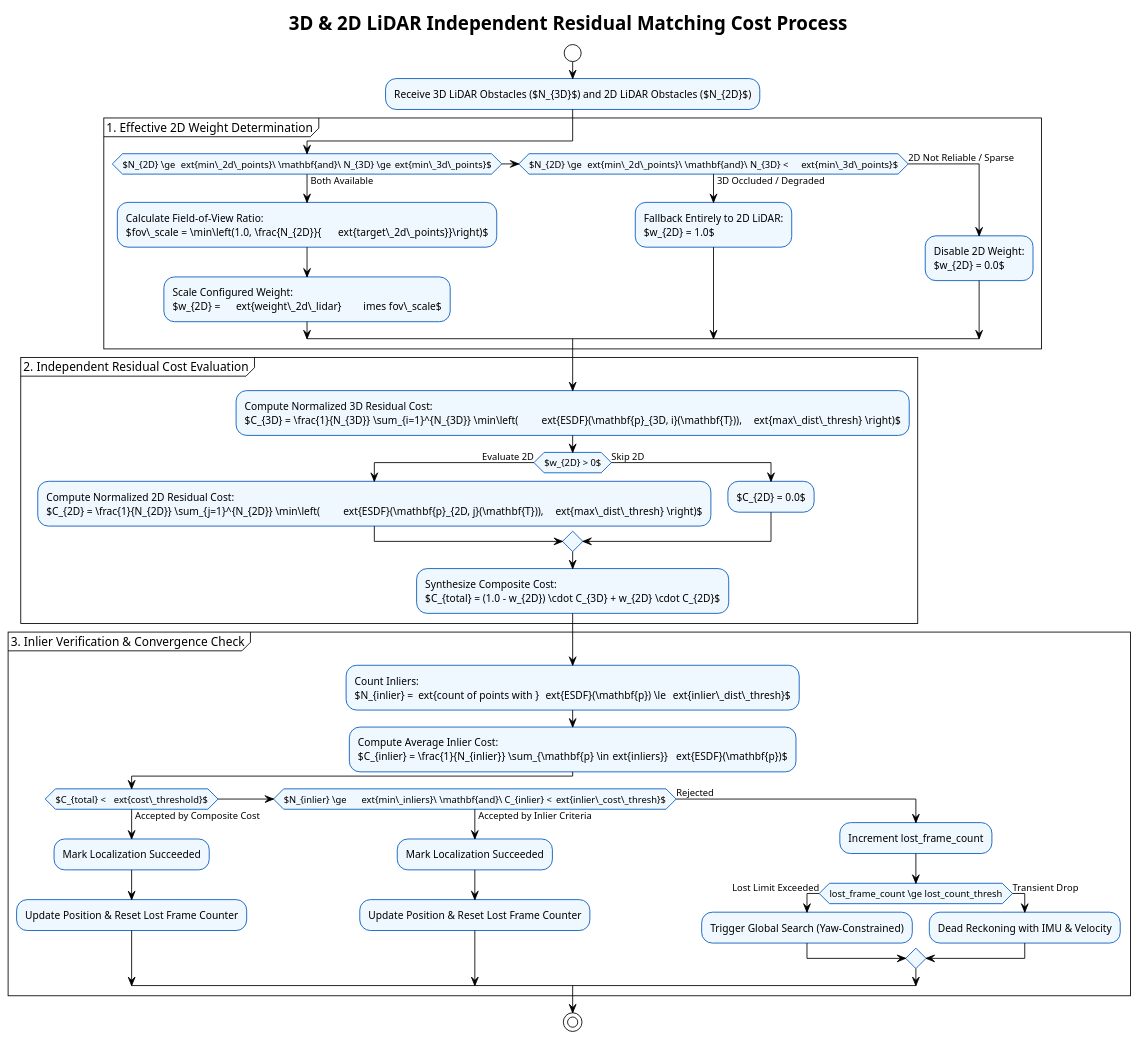
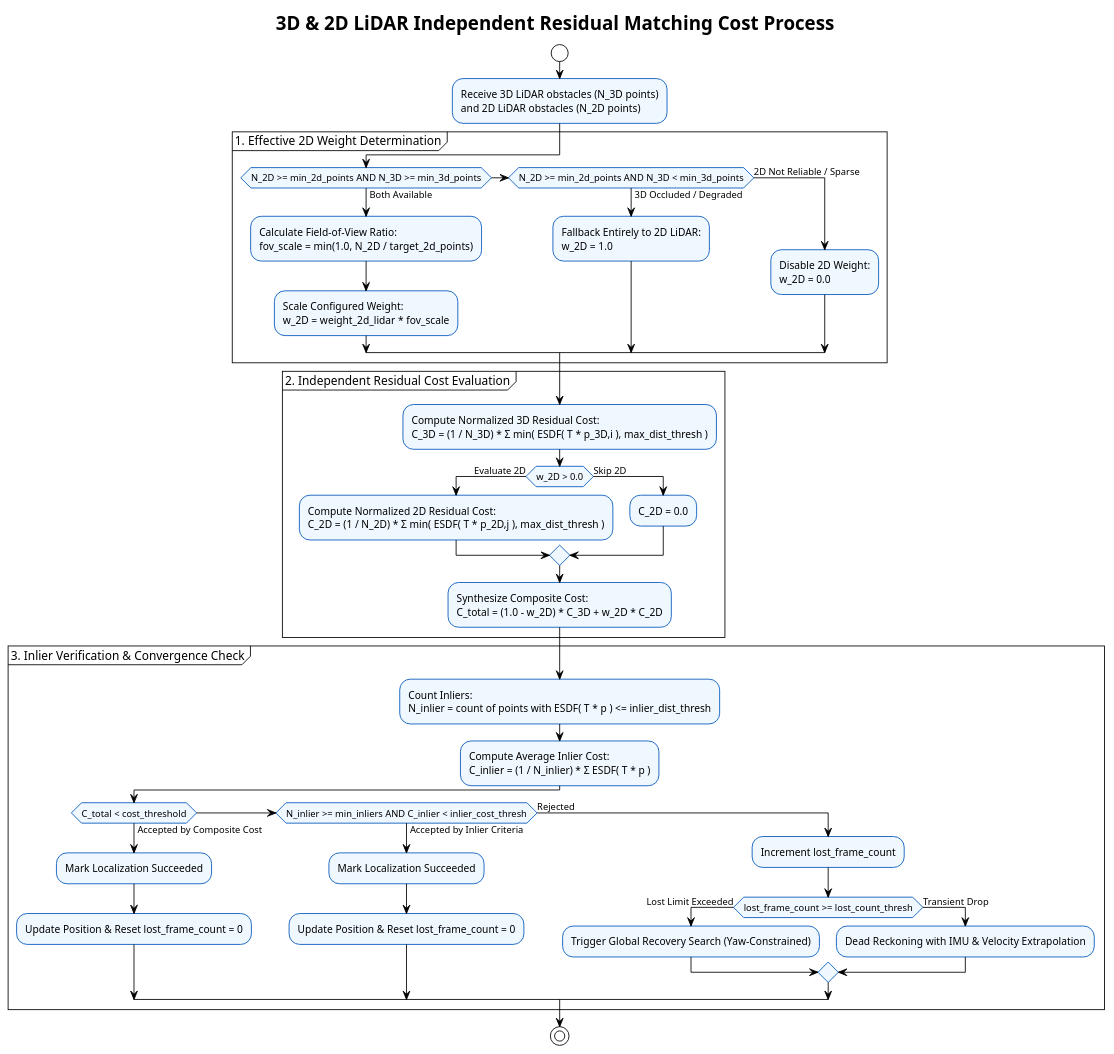
Before and after one commit to tmcit-ararobo-2026a/gn10-pointcloud-localization: the diagram in docs/matching_cost_and_weighting.pu, drawn with PlantUML.

Commit message:
docs(plantuml): replace raw LaTeX formulas with standard math text in matching diagram
Remove LaTeX math wrappers ($ ... $, \frac, \sum, \ge, etc.) from
matching_cost_and_weighting.pu to ensure proper rendering across standard
PlantUML generators without requiring external math plugins.

```diff
--- a/docs/matching_cost_and_weighting.pu
+++ b/docs/matching_cost_and_weighting.pu
@@ -1,67 +1,68 @@
 @startuml matching_cost_and_weighting
 !theme plain
 skinparam defaultTextAlignment left
 skinparam ActivityBorderColor #0055BB
 skinparam ActivityBackgroundColor #F0F8FF
 
 title 3D & 2D LiDAR Independent Residual Matching Cost Process
 
 start
 
-:Receive 3D LiDAR Obstacles ($N_{3D}$) and 2D LiDAR Obstacles ($N_{2D}$);
+:Receive 3D LiDAR obstacles (N_3D points)
+and 2D LiDAR obstacles (N_2D points);
 
 partition "1. Effective 2D Weight Determination" {
-  if ($N_{2D} \ge \text{min\_2d\_points}\ \mathbf{and}\ N_{3D} \ge \text{min\_3d\_points}$) then (Both Available)
+  if (N_2D >= min_2d_points AND N_3D >= min_3d_points) then (Both Available)
     :Calculate Field-of-View Ratio:
-    $fov\_scale = \min\left(1.0, \frac{N_{2D}}{\text{target\_2d\_points}}\right)$;
+    fov_scale = min(1.0, N_2D / target_2d_points);
     :Scale Configured Weight:
-    $w_{2D} = \text{weight\_2d\_lidar} \times fov\_scale$;
-  elseif ($N_{2D} \ge \text{min\_2d\_points}\ \mathbf{and}\ N_{3D} < \text{min\_3d\_points}$) then (3D Occluded / Degraded)
+    w_2D = weight_2d_lidar * fov_scale;
+  elseif (N_2D >= min_2d_points AND N_3D < min_3d_points) then (3D Occluded / Degraded)
     :Fallback Entirely to 2D LiDAR:
-    $w_{2D} = 1.0$;
+    w_2D = 1.0;
   else (2D Not Reliable / Sparse)
     :Disable 2D Weight:
-    $w_{2D} = 0.0$;
+    w_2D = 0.0;
   endif
 }
 
 partition "2. Independent Residual Cost Evaluation" {
   :Compute Normalized 3D Residual Cost:
-  $C_{3D} = \frac{1}{N_{3D}} \sum_{i=1}^{N_{3D}} \min\left( \text{ESDF}(\mathbf{p}_{3D, i}(\mathbf{T})), \text{max\_dist\_thresh} \right)$;
+  C_3D = (1 / N_3D) * Σ min( ESDF( T * p_3D,i ), max_dist_thresh );
 
-  if ($w_{2D} > 0$) then (Evaluate 2D)
+  if (w_2D > 0.0) then (Evaluate 2D)
     :Compute Normalized 2D Residual Cost:
-    $C_{2D} = \frac{1}{N_{2D}} \sum_{j=1}^{N_{2D}} \min\left( \text{ESDF}(\mathbf{p}_{2D, j}(\mathbf{T})), \text{max\_dist\_thresh} \right)$;
+    C_2D = (1 / N_2D) * Σ min( ESDF( T * p_2D,j ), max_dist_thresh );
   else (Skip 2D)
-    :$C_{2D} = 0.0$;
+    :C_2D = 0.0;
   endif
 
   :Synthesize Composite Cost:
-  $C_{total} = (1.0 - w_{2D}) \cdot C_{3D} + w_{2D} \cdot C_{2D}$;
+  C_total = (1.0 - w_2D) * C_3D + w_2D * C_2D;
 }
 
 partition "3. Inlier Verification & Convergence Check" {
   :Count Inliers:
-  $N_{inlier} = \text{count of points with } \text{ESDF}(\mathbf{p}) \le \text{inlier\_dist\_thresh}$;
+  N_inlier = count of points with ESDF( T * p ) <= inlier_dist_thresh;
   :Compute Average Inlier Cost:
-  $C_{inlier} = \frac{1}{N_{inlier}} \sum_{\mathbf{p} \in \text{inliers}} \text{ESDF}(\mathbf{p})$;
+  C_inlier = (1 / N_inlier) * Σ ESDF( T * p );
 
-  if ($C_{total} < \text{cost\_threshold}$) then (Accepted by Composite Cost)
+  if (C_total < cost_threshold) then (Accepted by Composite Cost)
     :Mark Localization Succeeded;
-    :Update Position & Reset Lost Frame Counter;
-  elseif ($N_{inlier} \ge \text{min\_inliers}\ \mathbf{and}\ C_{inlier} < \text{inlier\_cost\_thresh}$) then (Accepted by Inlier Criteria)
+    :Update Position & Reset lost_frame_count = 0;
+  elseif (N_inlier >= min_inliers AND C_inlier < inlier_cost_thresh) then (Accepted by Inlier Criteria)
     :Mark Localization Succeeded;
-    :Update Position & Reset Lost Frame Counter;
+    :Update Position & Reset lost_frame_count = 0;
   else (Rejected)
     :Increment lost_frame_count;
-    if (lost_frame_count \ge lost_count_thresh) then (Lost Limit Exceeded)
-      :Trigger Global Search (Yaw-Constrained);
+    if (lost_frame_count >= lost_count_thresh) then (Lost Limit Exceeded)
+      :Trigger Global Recovery Search (Yaw-Constrained);
     else (Transient Drop)
-      :Dead Reckoning with IMU & Velocity;
+      :Dead Reckoning with IMU & Velocity Extrapolation;
     endif
   endif
 }
 
 stop
 
 @enduml
```
